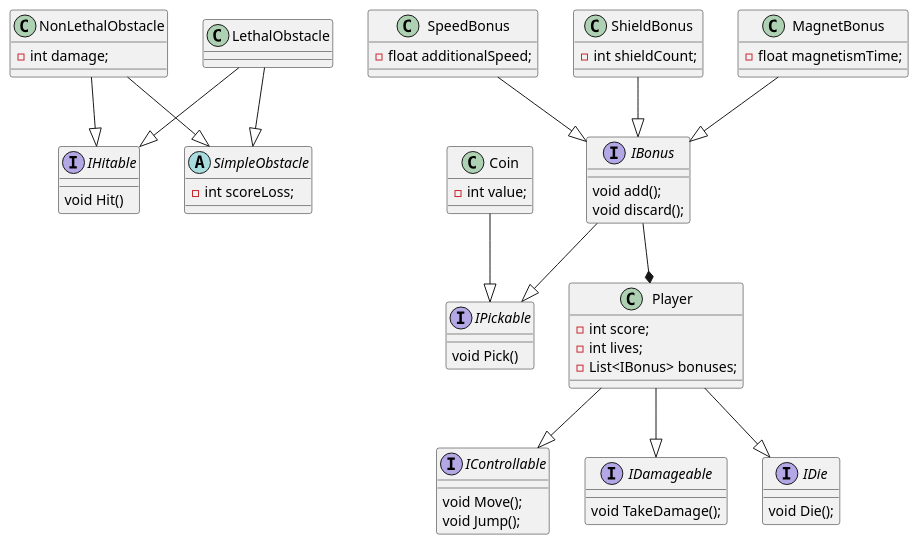
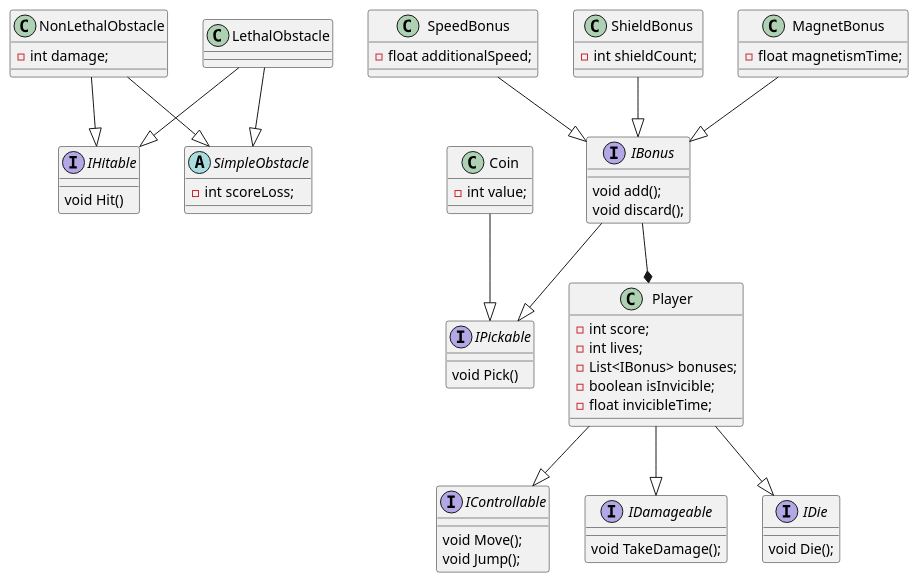
One commit to carakazov/ball-game changed the diagram in class-diagram.wsd. Above: the diagram before and after it, drawn with PlantUML.

Commit message:
add invicible time and boolean flag for player

```diff
--- a/class-diagram.wsd
+++ b/class-diagram.wsd
@@ -1,80 +1,82 @@
 @startuml class-diagram
     interface IHitable {
         void Hit()
     }
 
     interface IPickable {
         void Pick()
     }
     
     interface IControllable {
         void Move();
         void Jump();
     }
 
     interface IDamageable {
         void TakeDamage();
     }
 
     interface IBonus {
         void add(); 
         void discard();
     }
 
     interface IDie {
         void Die();
     }
 
     class Player {
         - int score;
         - int lives;
         - List<IBonus> bonuses; 
+        - boolean isInvicible; 
+        - float invicibleTime;
     }
 
     class Coin {
         - int value;
     }
 
     abstract SimpleObstacle {
         - int scoreLoss;
     }
 
     class NonLethalObstacle {
         - int damage; 
     }
 
     class LethalObstacle {
 
     }
 
     class SpeedBonus {
         - float additionalSpeed; 
     }
 
     class ShieldBonus {
         - int shieldCount; 
     }
 
     class MagnetBonus {
         - float magnetismTime;
     }
 
     class LethalObstacle {
 
     }
 
 
     LethalObstacle --|> SimpleObstacle
     NonLethalObstacle --|> SimpleObstacle
     NonLethalObstacle --|> IHitable
     IBonus --|> IPickable
     LethalObstacle --|> IHitable
     SpeedBonus --|> IBonus
     ShieldBonus --|> IBonus
     MagnetBonus --|> IBonus
     Coin --|> IPickable 
     Player --|> IControllable
     Player --|> IDamageable
     IBonus --* Player
-    Player --|> IDie
+    Player --|> IDie 
 @enduml
```
